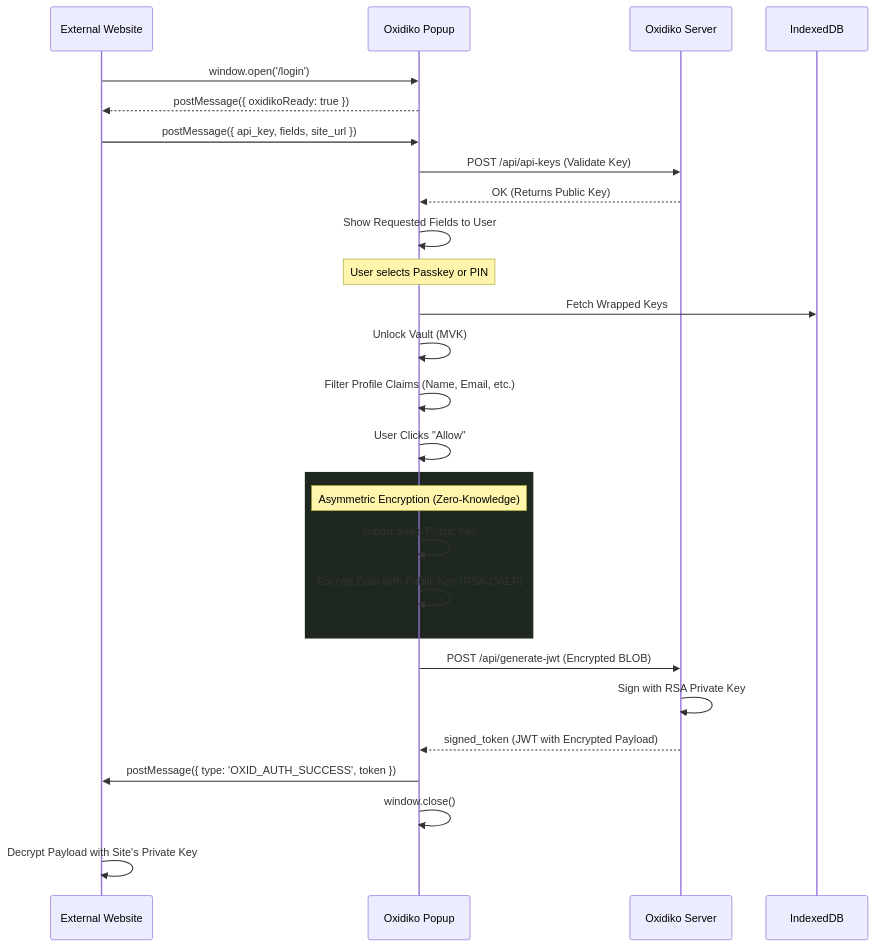
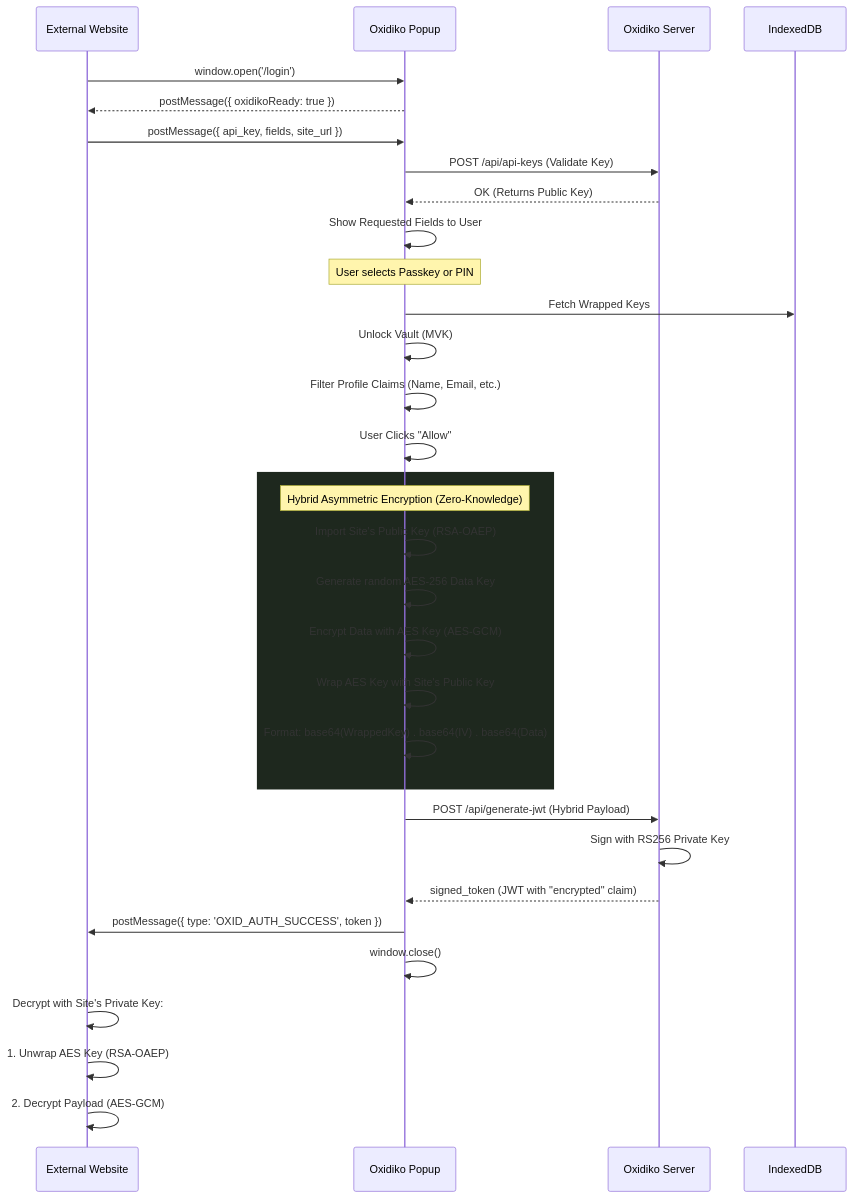
The fourth of 4 diagrams in DIAGRAM.md (Oxidiko/Oxidiko), drawn with Mermaid before and after one commit. The commit also changed other lines of this file and 3 other files, not shown here.

Commit message:
feat: Adopt hybrid asymmetric encryption (RSA-OAEP + AES-GCM) for secure, zero-knowledge data payloads.

````diff
--- a/DIAGRAM.md
+++ b/DIAGRAM.md
@@ -95,39 +95,44 @@
 ```mermaid
 sequenceDiagram
     participant Site as External Website
     participant Pop as Oxidiko Popup
     participant S as Oxidiko Server
     participant DB as IndexedDB
 
     Site->>Pop: window.open('/login')
     Pop-->>Site: postMessage({ oxidikoReady: true })
     Site->>Pop: postMessage({ api_key, fields, site_url })
 
     Pop->>S: POST /api/api-keys (Validate Key)
     S-->>Pop: OK (Returns Public Key)
     
     Pop->>Pop: Show Requested Fields to User
     
     Note over Pop: User selects Passkey or PIN
     Pop->>DB: Fetch Wrapped Keys
     Pop->>Pop: Unlock Vault (MVK)
     
     Pop->>Pop: Filter Profile Claims (Name, Email, etc.)
     
     Pop->>Pop: User Clicks "Allow"
     
     rect rgb(30, 40, 30)
-        Note over Pop: Asymmetric Encryption (Zero-Knowledge)
-        Pop->>Pop: Import Site's Public Key
-        Pop->>Pop: Encrypt Data with Public Key (RSA-OAEP)
+        Note over Pop: Hybrid Asymmetric Encryption (Zero-Knowledge)
+        Pop->>Pop: Import Site's Public Key (RSA-OAEP)
+        Pop->>Pop: Generate random AES-256 Data Key
+        Pop->>Pop: Encrypt Data with AES Key (AES-GCM)
+        Pop->>Pop: Wrap AES Key with Site's Public Key
+        Pop->>Pop: Format: base64(WrappedKey) . base64(IV) . base64(Data)
     end
     
-    Pop->>S: POST /api/generate-jwt (Encrypted BLOB)
-    S->>S: Sign with RSA Private Key
-    S-->>Pop: signed_token (JWT with Encrypted Payload)
+    Pop->>S: POST /api/generate-jwt (Hybrid Payload)
+    S->>S: Sign with RS256 Private Key
+    S-->>Pop: signed_token (JWT with "encrypted" claim)
     
     Pop->>Site: postMessage({ type: 'OXID_AUTH_SUCCESS', token })
     Pop->>Pop: window.close()
     
-    Site->>Site: Decrypt Payload with Site's Private Key
+    Site->>Site: Decrypt with Site's Private Key:
+    Site->>Site: 1. Unwrap AES Key (RSA-OAEP)
+    Site->>Site: 2. Decrypt Payload (AES-GCM)
 ```
````
